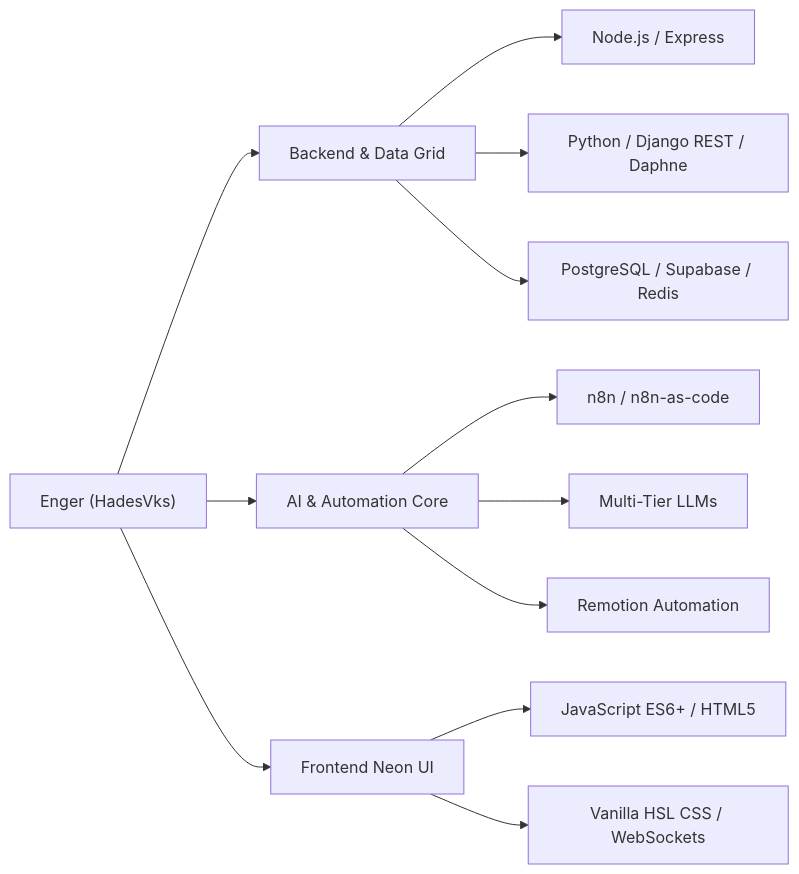
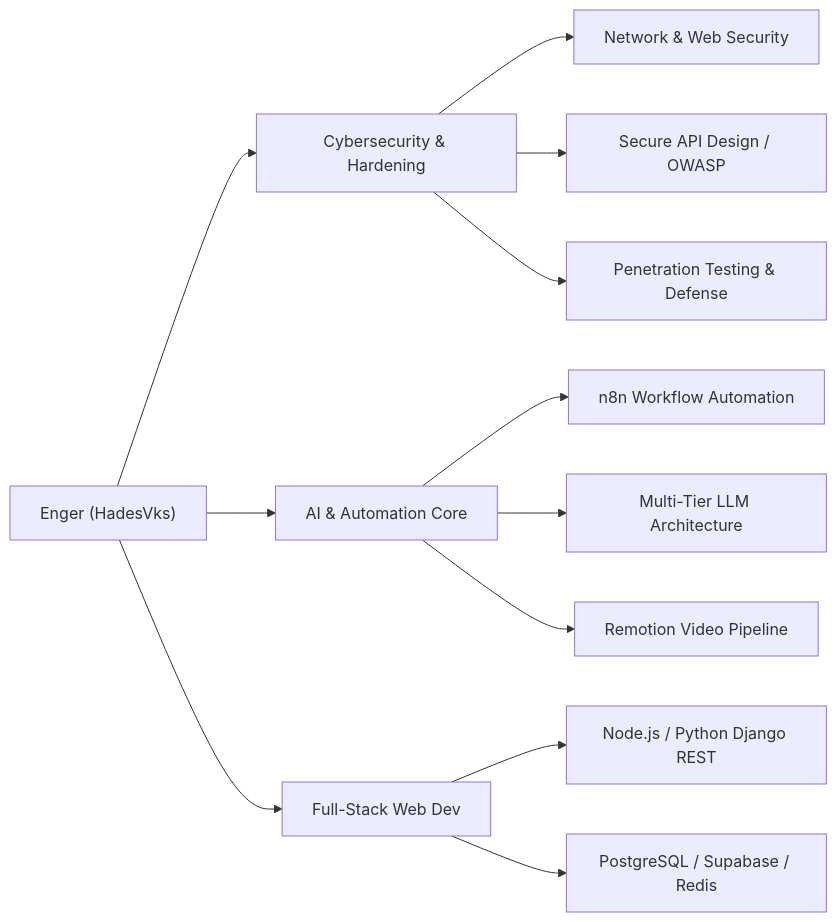
One commit to HadesVks/HadesVks changed the diagram in README.md. Above: the diagram before and after it, drawn with Mermaid. The commit also changed other lines of this file, not shown here.

Commit message:
feat: Highlight Cybersecurity Student from Dominican Republic 🇩🇴 in 80s Synthwave profile

````diff
--- a/README.md
+++ b/README.md
@@ -65,17 +66,17 @@
 ```mermaid
 graph LR
-    A["Enger (HadesVks)"] --> B["Backend & Data Grid"]
+    A["Enger (HadesVks)"] --> B["Cybersecurity & Hardening"]
     A --> C["AI & Automation Core"]
-    A --> D["Frontend Neon UI"]
+    A --> D["Full-Stack Web Dev"]
 
-    B --> B1["Node.js / Express"]
-    B --> B2["Python / Django REST / Daphne"]
-    B --> B3["PostgreSQL / Supabase / Redis"]
+    B --> B1["Network & Web Security"]
+    B --> B2["Secure API Design / OWASP"]
+    B --> B3["Penetration Testing & Defense"]
 
-    C --> C1["n8n / n8n-as-code"]
-    C --> C2["Multi-Tier LLMs"]
-    C --> C3["Remotion Automation"]
+    C --> C1["n8n Workflow Automation"]
+    C --> C2["Multi-Tier LLM Architecture"]
+    C --> C3["Remotion Video Pipeline"]
 
-    D --> D1["JavaScript ES6+ / HTML5"]
-    D --> D2["Vanilla HSL CSS / WebSockets"]
+    D --> D1["Node.js / Python Django REST"]
+    D --> D2["PostgreSQL / Supabase / Redis"]
 ```
````
